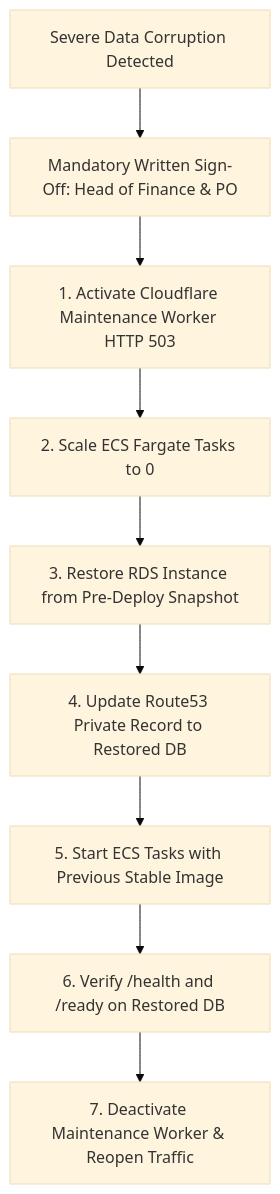
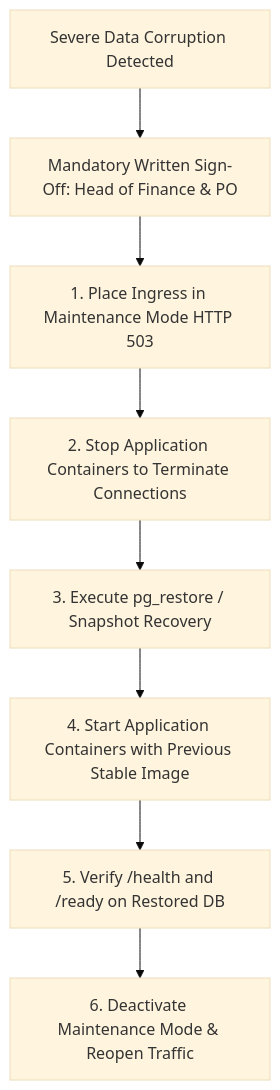
The second of 2 diagrams in docs/runbooks/COLLECTFLOW_RELEASE_AND_ROLLBACK_RUNBOOK.md (AnishB-Personal/collectflow), drawn with Mermaid (base theme) before and after one commit. The commit also changed other lines of this file and 3 other files, not shown here.

Commit message:
docs(preflight): establish cloud-agnostic and on-premises release architecture

````diff
--- a/docs/runbooks/COLLECTFLOW_RELEASE_AND_ROLLBACK_RUNBOOK.md
+++ b/docs/runbooks/COLLECTFLOW_RELEASE_AND_ROLLBACK_RUNBOOK.md
@@ -234,11 +245,10 @@
 ```mermaid
 flowchart TD
     Incident[Severe Data Corruption Detected] --> Auth[Mandatory Written Sign-Off: Head of Finance & PO]
-    Auth --> StopTraffic[1. Activate Cloudflare Maintenance Worker HTTP 503]
-    StopTraffic --> StopECS[2. Scale ECS Fargate Tasks to 0]
-    StopECS --> RestoreRDS[3. Restore RDS Instance from Pre-Deploy Snapshot]
-    RestoreRDS --> UpdateDNS[4. Update Route53 Private Record to Restored DB]
-    UpdateDNS --> RestartECS[5. Start ECS Tasks with Previous Stable Image]
-    RestartECS --> VerifyProbes[6. Verify /health and /ready on Restored DB]
-    VerifyProbes --> OpenTraffic[7. Deactivate Maintenance Worker & Reopen Traffic]
+    Auth --> StopTraffic[1. Place Ingress in Maintenance Mode HTTP 503]
+    StopTraffic --> StopContainers[2. Stop Application Containers to Terminate Connections]
+    StopContainers --> RestoreDB[3. Execute pg_restore / Snapshot Recovery]
+    RestoreDB --> StartContainers[4. Start Application Containers with Previous Stable Image]
+    StartContainers --> VerifyProbes[5. Verify /health and /ready on Restored DB]
+    VerifyProbes --> OpenTraffic[6. Deactivate Maintenance Mode & Reopen Traffic]
 ```
````
